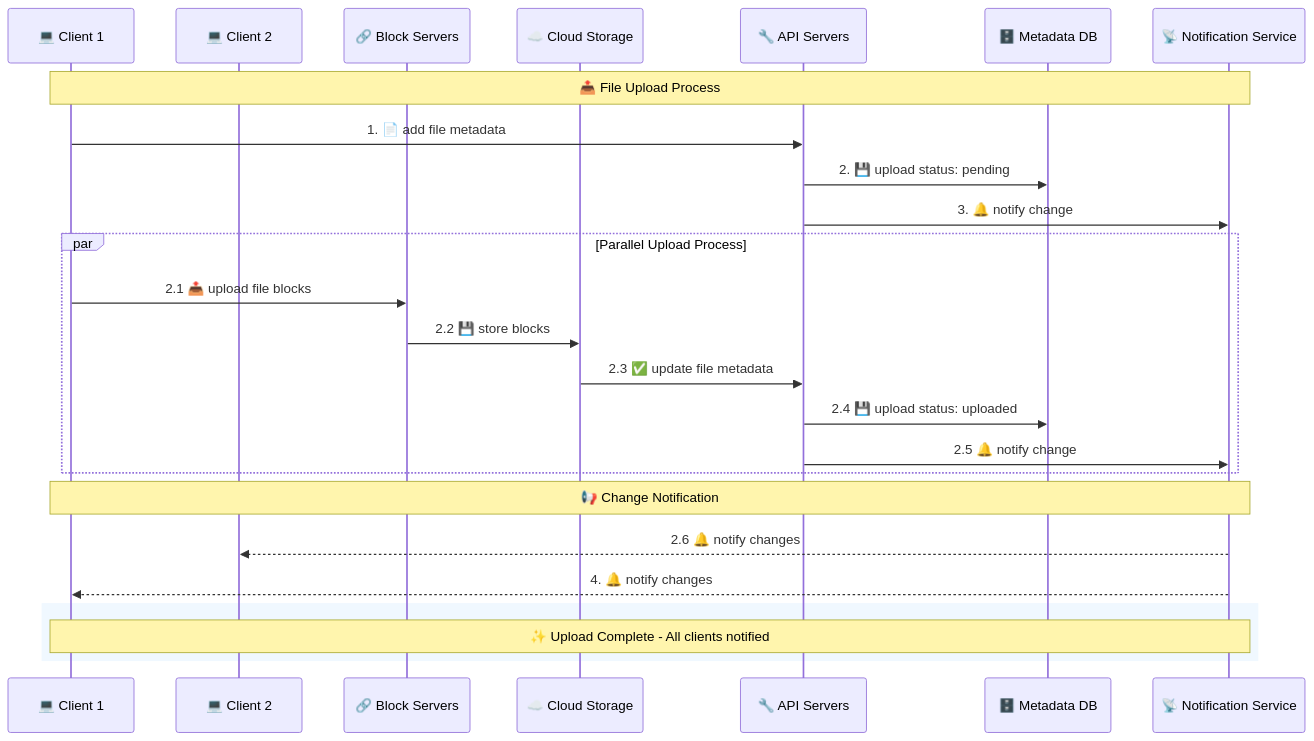
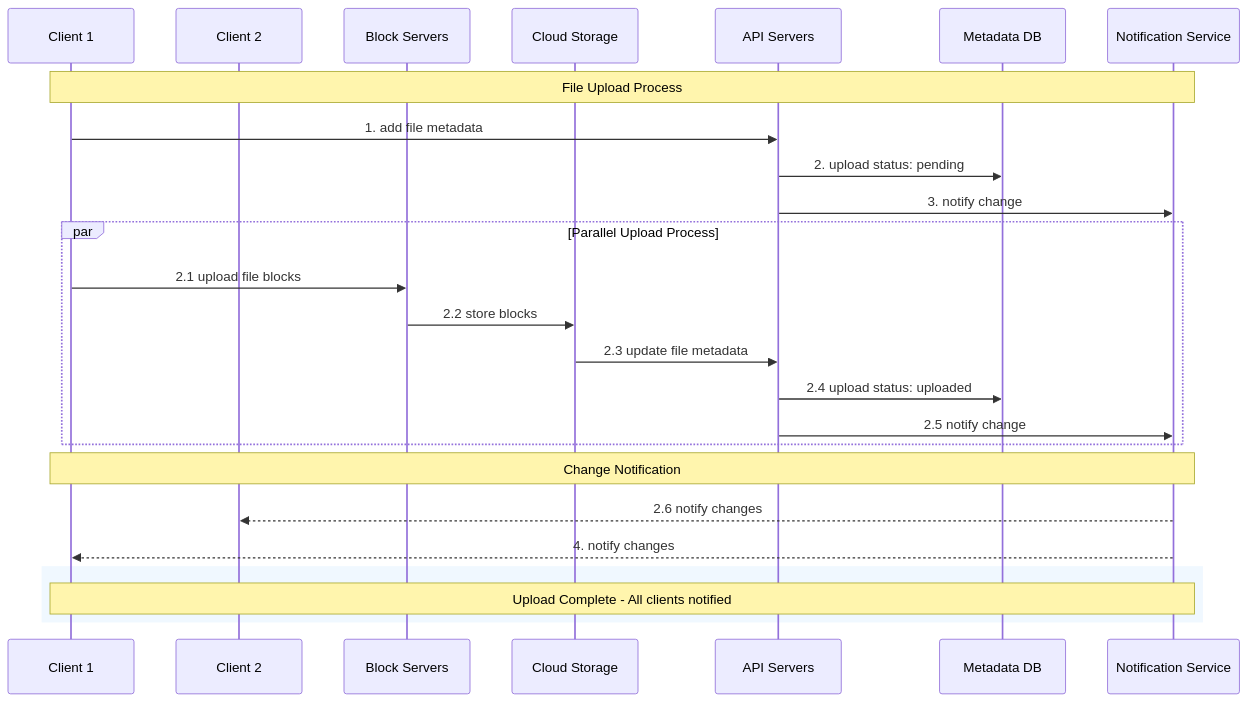
Before and after one commit to NalinDalal/system-design: the fifth of 6 diagrams in 13.GoogleDrive.md, drawn with Mermaid. The commit also changed other lines of this file, not shown here.

Commit message:
google drive or cloud storage

````diff
--- a/13.GoogleDrive.md
+++ b/13.GoogleDrive.md
@@ -421,32 +421,32 @@
 ```mermaid
 sequenceDiagram
-    participant C1 as 💻 Client 1
-    participant C2 as 💻 Client 2
-    participant BS as 🔗 Block Servers
-    participant CS as ☁️ Cloud Storage
-    participant API as 🔧 API Servers
-    participant DB as 🗄️ Metadata DB
-    participant NS as 📡 Notification Service
+    participant C1 as  Client 1
+    participant C2 as  Client 2
+    participant BS as  Block Servers
+    participant CS as  Cloud Storage
+    participant API as  API Servers
+    participant DB as  Metadata DB
+    participant NS as  Notification Service
 
-    Note over C1,NS: 📤 File Upload Process
+    Note over C1,NS:  File Upload Process
 
-    C1->>API: 1. 📄 add file metadata
-    API->>DB: 2. 💾 upload status: pending
-    API->>NS: 3. 🔔 notify change
+    C1->>API: 1.  add file metadata
+    API->>DB: 2.  upload status: pending
+    API->>NS: 3.  notify change
 
     par Parallel Upload Process
-        C1->>BS: 2.1 📤 upload file blocks
-        BS->>CS: 2.2 💾 store blocks
-        CS->>API: 2.3 ✅ update file metadata
-        API->>DB: 2.4 💾 upload status: uploaded
-        API->>NS: 2.5 🔔 notify change
+        C1->>BS: 2.1  upload file blocks
+        BS->>CS: 2.2  store blocks
+        CS->>API: 2.3  update file metadata
+        API->>DB: 2.4  upload status: uploaded
+        API->>NS: 2.5  notify change
     end
 
-    Note over C1,NS: 📢 Change Notification
-    NS-->>C2: 2.6 🔔 notify changes
-    NS-->>C1: 4. 🔔 notify changes
+    Note over C1,NS:  Change Notification
+    NS-->>C2: 2.6  notify changes
+    NS-->>C1: 4.  notify changes
 
     rect rgb(240, 248, 255)
-        Note over C1,NS: ✨ Upload Complete - All clients notified
+        Note over C1,NS:  Upload Complete - All clients notified
     end
 ```
````
